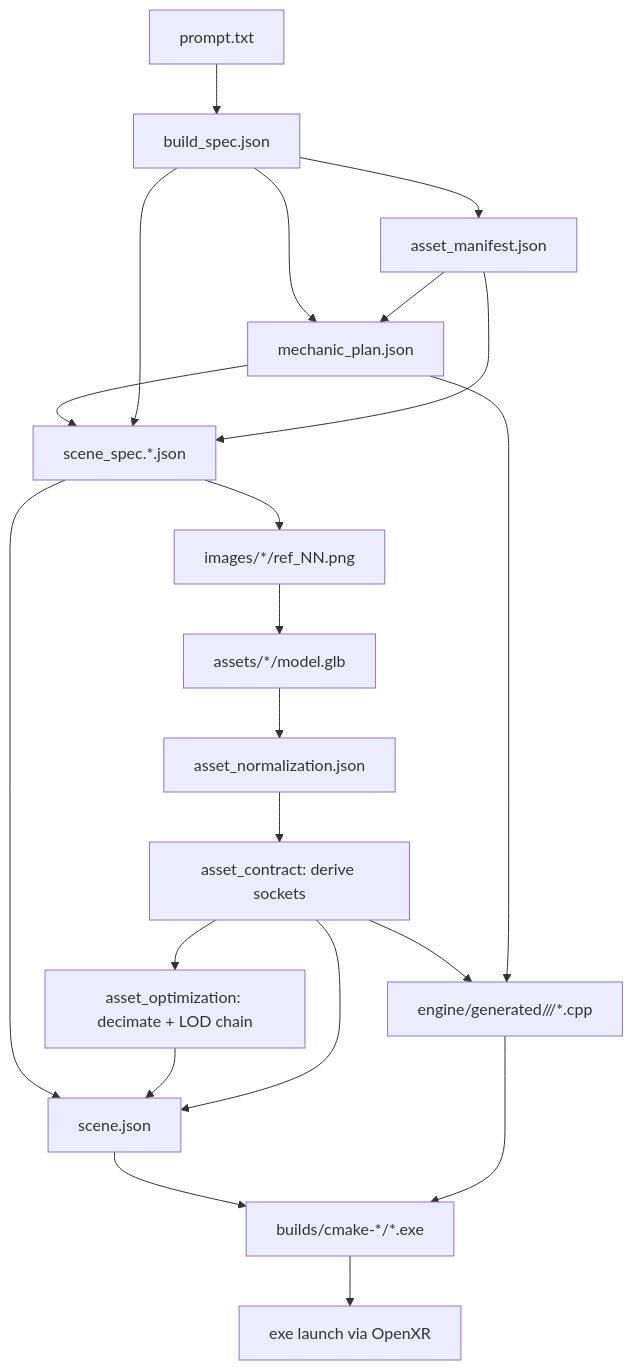
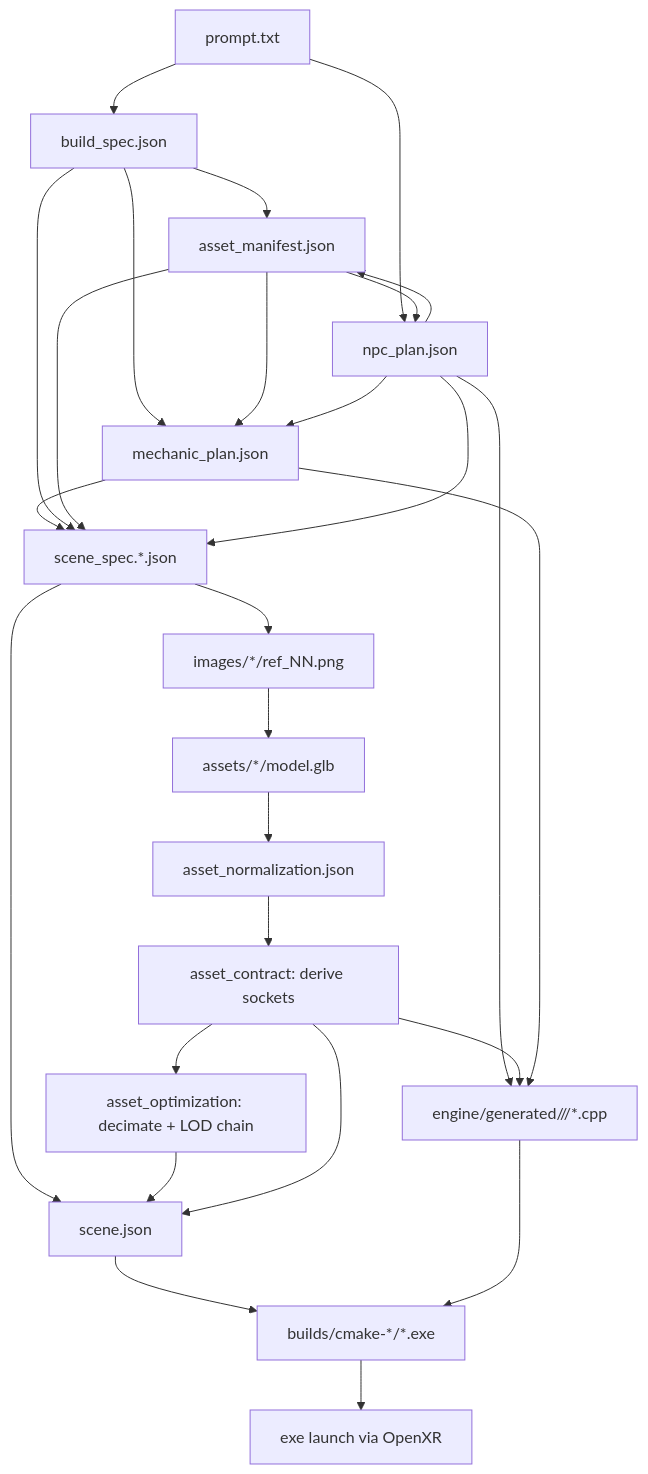
Before and after one commit to FriimanTech/Prompt-To-VR: the diagram in docs/architecture.md, drawn with Mermaid. The commit also changed other lines of this file and 59 other files, not shown here.

````diff
--- a/docs/architecture.md
+++ b/docs/architecture.md
@@ -47,23 +47,29 @@
 ```mermaid
 flowchart TD
   Prompt[prompt.txt] --> BuildSpec[build_spec.json]
   BuildSpec --> AssetManifest[asset_manifest.json]
+  Prompt --> NpcPlan[npc_plan.json]
+  AssetManifest --> NpcPlan
+  NpcPlan --> AssetManifest
   BuildSpec --> MechanicPlan[mechanic_plan.json]
   AssetManifest --> MechanicPlan
+  NpcPlan --> MechanicPlan
   MechanicPlan --> SceneSpec[scene_spec.*.json]
   BuildSpec --> SceneSpec
   AssetManifest --> SceneSpec
+  NpcPlan --> SceneSpec
+  NpcPlan --> CppGen
   SceneSpec --> Refs[images/*/ref_NN.png]
   Refs --> Tripo[assets/*/model.glb]
   Tripo --> Normalize[asset_normalization.json]
   Normalize --> Contract["asset_contract: derive sockets"]
   Contract --> Optimize["asset_optimization: decimate + LOD chain"]
   Contract --> CppGen
   MechanicPlan --> CppGen["engine/generated/<kind>/<project_id>/*.cpp"]
   SceneSpec --> SceneCompile[scene.json]
   Optimize --> SceneCompile
   Contract --> SceneCompile
   SceneCompile --> CMake[builds/cmake-*/*.exe]
   CppGen --> CMake
   CMake --> Launch[exe launch via OpenXR]
 ```
````
